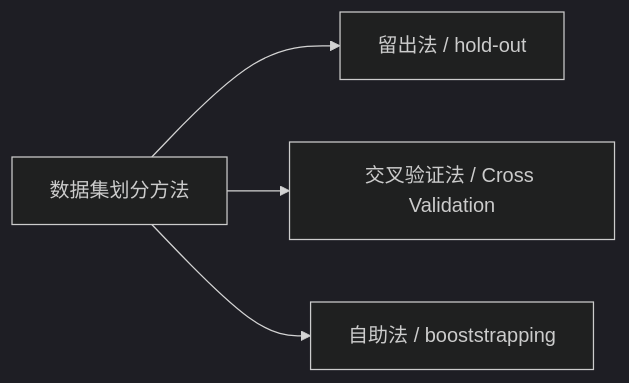
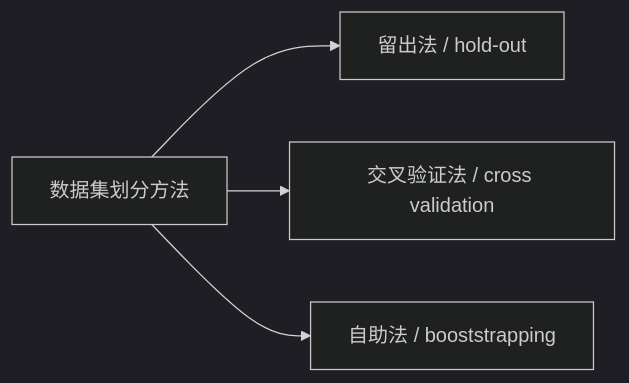
One commit to Xwoder/Note changed the second of 2 diagrams in 机器学习/《机器学习》读书笔记_第2章_模型评估与选择.md. Above: the diagram before and after it, drawn with Mermaid (dark theme). The commit also changed other lines of this file, not shown here.

````diff
--- a/机器学习/《机器学习》读书笔记_第2章_模型评估与选择.md
+++ b/机器学习/《机器学习》读书笔记_第2章_模型评估与选择.md
@@ -69,7 +69,7 @@
 ```mermaid
 graph LR
 DataSet[数据集划分方法] 
 		DataSet --> HoldOut[留出法 / hold-out]
-		DataSet --> CrossValidation[交叉验证法 / Cross Validation]
+		DataSet --> CrossValidation[交叉验证法 / cross validation]
 		DataSet --> BoostStrapping[自助法 / booststrapping]
 ```
````
